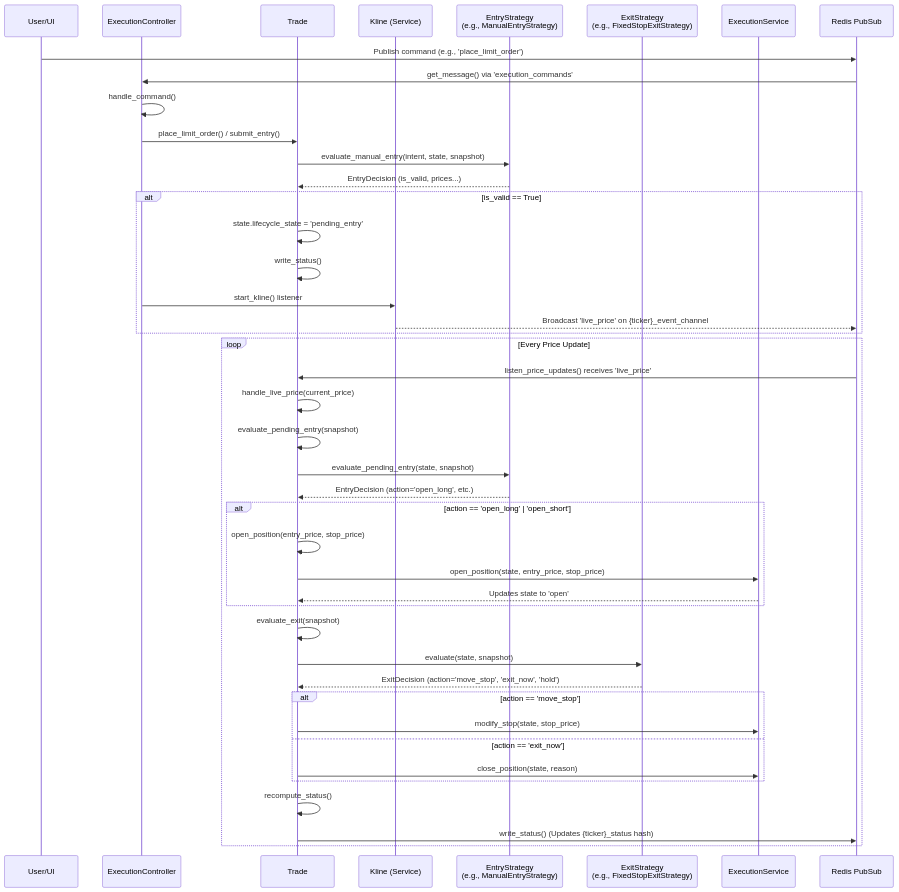
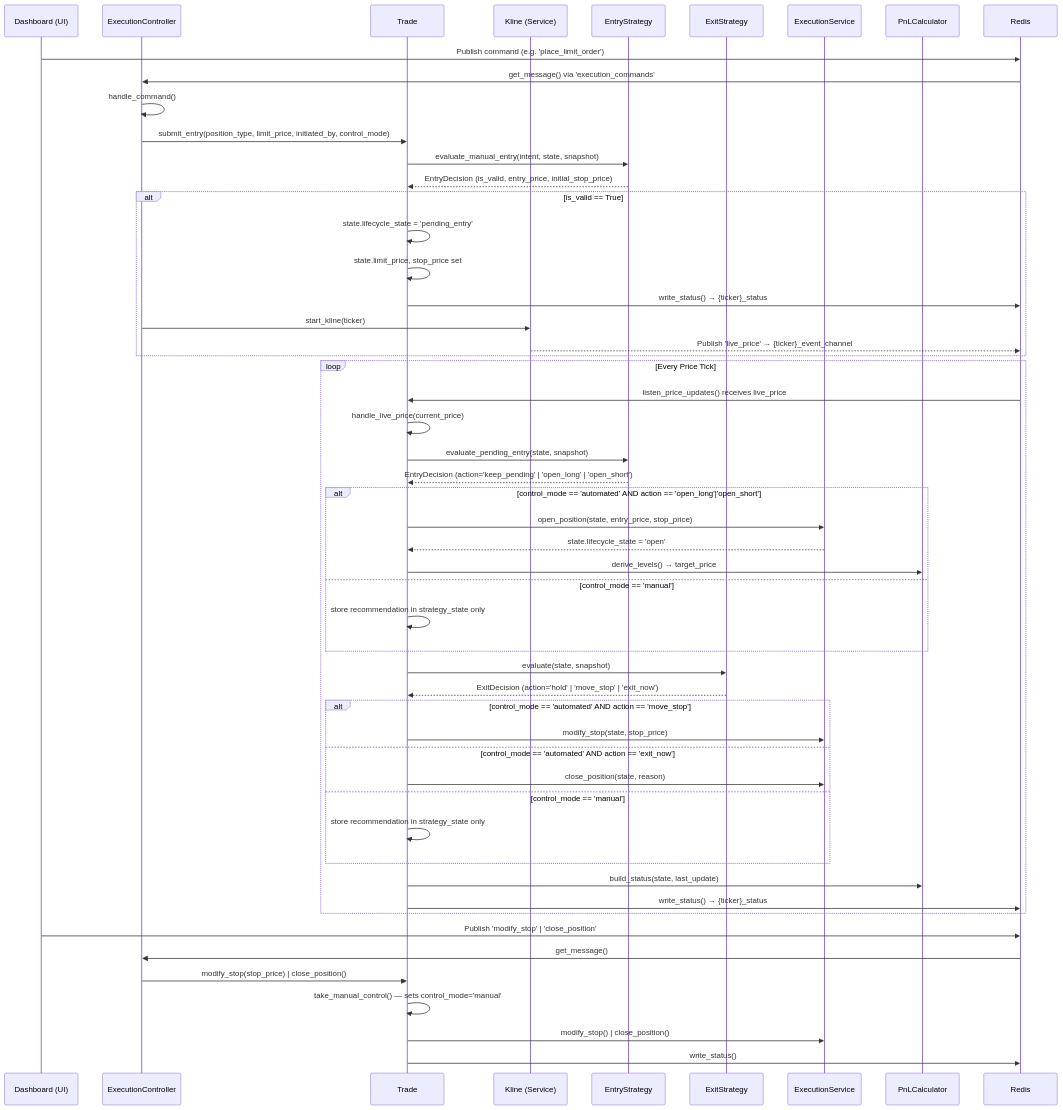
Before and after one commit to yoge911/Ritrade: the diagram in trade_execution_flow.md, drawn with Mermaid. The commit also changed other lines of this file and 2 other files, not shown here.

````diff
--- a/trade_execution_flow.md
+++ b/trade_execution_flow.md
@@ -14,60 +17,71 @@
 ```mermaid
 sequenceDiagram
-    participant User/UI
+    participant UI as Dashboard (UI)
     participant EC as ExecutionController
     participant T as Trade
     participant EK as Kline (Service)
-    participant ES_Entry as EntryStrategy<br/>(e.g., ManualEntryStrategy)
-    participant ES_Exit as ExitStrategy<br/>(e.g., FixedStopExitStrategy)
+    participant ES_Entry as EntryStrategy
+    participant ES_Exit as ExitStrategy
     participant ExS as ExecutionService
-    participant Redis as Redis PubSub
+    participant PnL as PnLCalculator
+    participant Redis as Redis
 
-    %% 1. Initialization and Commands
-    User/UI->>Redis: Publish command (e.g., 'place_limit_order')
+    %% 1. Command routing
+    UI->>Redis: Publish command (e.g. 'place_limit_order')
     Redis->>EC: get_message() via 'execution_commands'
     EC->>EC: handle_command()
 
-    %% 2. Handling Limits
-    EC->>T: place_limit_order() / submit_entry()
+    %% 2. Entry request
+    EC->>T: submit_entry(position_type, limit_price, initiated_by, control_mode)
     T->>ES_Entry: evaluate_manual_entry(intent, state, snapshot)
-    ES_Entry-->>T: EntryDecision (is_valid, prices...)
-    
+    ES_Entry-->>T: EntryDecision (is_valid, entry_price, initial_stop_price)
+
     alt is_valid == True
         T->>T: state.lifecycle_state = 'pending_entry'
-        T->>T: write_status()
-        EC->>EK: start_kline() listener
-        EK-->>Redis: Broadcast 'live_price' on {ticker}_event_channel
+        T->>T: state.limit_price, stop_price set
+        T->>Redis: write_status() → {ticker}_status
+        EC->>EK: start_kline(ticker)
+        EK-->>Redis: Publish 'live_price' → {ticker}_event_channel
     end
 
-    %% 3. Price Monitoring and Pending Order Fill
-    loop Every Price Update
-        Redis->>T: listen_price_updates() receives 'live_price'
+    %% 3. Price loop
+    loop Every Price Tick
+        Redis->>T: listen_price_updates() receives live_price
         T->>T: handle_live_price(current_price)
-        
-        %% Pending Entry
-        T->>T: evaluate_pending_entry(snapshot)
+
+        %% Pending fill check
         T->>ES_Entry: evaluate_pending_entry(state, snapshot)
-        ES_Entry-->>T: EntryDecision (action='open_long', etc.)
-        
-        alt action == 'open_long' | 'open_short'
-            T->>T: open_position(entry_price, stop_price)
+        ES_Entry-->>T: EntryDecision (action='keep_pending' | 'open_long' | 'open_short')
+
+        alt control_mode == 'automated' AND action == 'open_long'|'open_short'
             T->>ExS: open_position(state, entry_price, stop_price)
-            ExS-->>T: Updates state to 'open'
+            ExS-->>T: state.lifecycle_state = 'open'
+            T->>PnL: derive_levels() → target_price
+        else control_mode == 'manual'
+            T->>T: store recommendation in strategy_state only
         end
 
-        %% Managing Exit & Trailing Stops
-        T->>T: evaluate_exit(snapshot)
+        %% Exit evaluation
         T->>ES_Exit: evaluate(state, snapshot)
-        ES_Exit-->>T: ExitDecision (action='move_stop', 'exit_now', 'hold')
-        
-        alt action == 'move_stop'
+        ES_Exit-->>T: ExitDecision (action='hold' | 'move_stop' | 'exit_now')
+
+        alt control_mode == 'automated' AND action == 'move_stop'
             T->>ExS: modify_stop(state, stop_price)
-        else action == 'exit_now'
+        else control_mode == 'automated' AND action == 'exit_now'
             T->>ExS: close_position(state, reason)
+        else control_mode == 'manual'
+            T->>T: store recommendation in strategy_state only
         end
-        
-        %% 4. PnL Output
-        T->>T: recompute_status() 
-        T->>Redis: write_status() (Updates {ticker}_status hash)
+
+        T->>PnL: build_status(state, last_update)
+        T->>Redis: write_status() → {ticker}_status
     end
+
+    %% 4. Manual override
+    UI->>Redis: Publish 'modify_stop' | 'close_position'
+    Redis->>EC: get_message()
+    EC->>T: modify_stop(stop_price) | close_position()
+    T->>T: take_manual_control() — sets control_mode='manual'
+    T->>ExS: modify_stop() | close_position()
+    T->>Redis: write_status()
 ```
````
